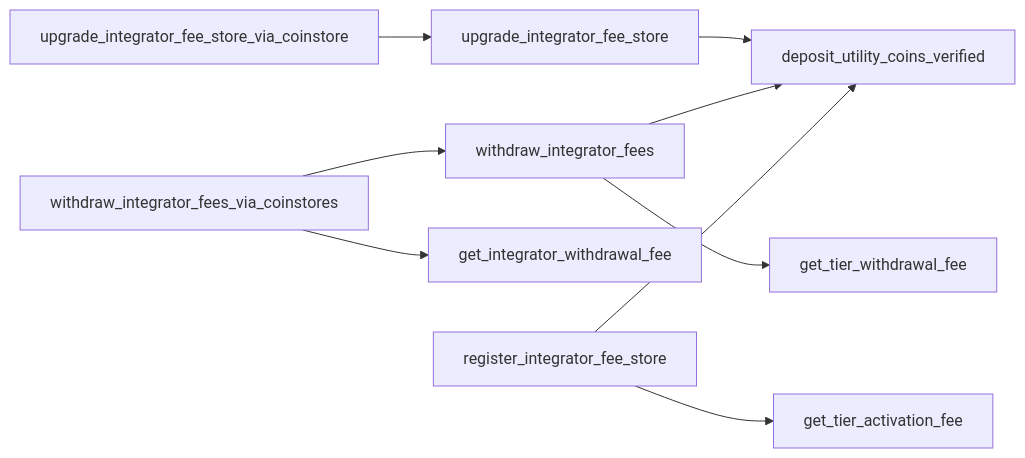
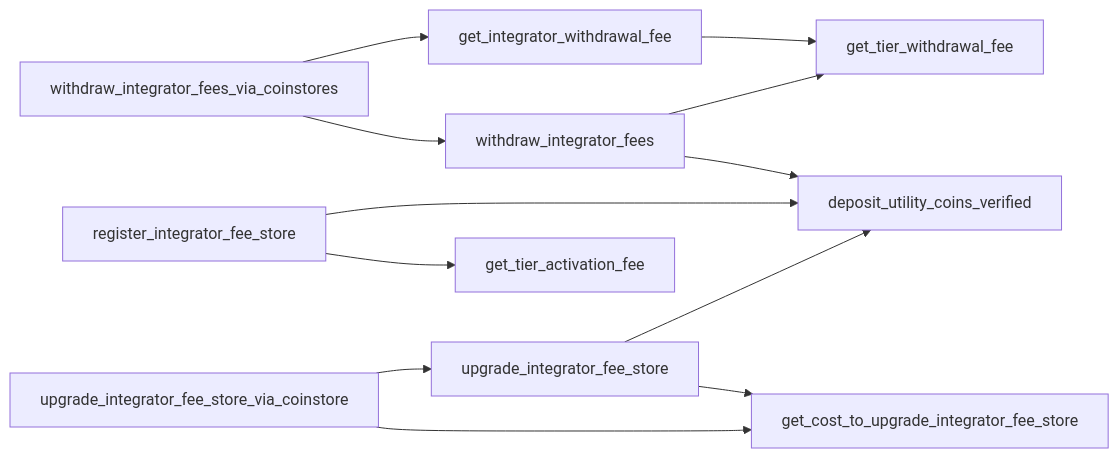
Before and after one commit to econia-labs/econia: the fourth of 5 diagrams in src/move/econia/build/Econia/docs/incentives.md, drawn with Mermaid. The commit also changed other lines of this file and 2 other files, not shown here.

Commit message:
Add coinstore operations, update flow charts

````diff
--- a/src/move/econia/build/Econia/docs/incentives.md
+++ b/src/move/econia/build/Econia/docs/incentives.md
@@ -186,18 +202,21 @@
 ```mermaid
 
 flowchart LR
 
-upgrade_integrator_fee_store --> deposit_utility_coins_verified
+withdraw_integrator_fees_via_coinstores -->
+get_integrator_withdrawal_fee
+get_integrator_withdrawal_fee --> get_tier_withdrawal_fee
+withdraw_integrator_fees_via_coinstores --> withdraw_integrator_fees
+withdraw_integrator_fees --> get_tier_withdrawal_fee
 withdraw_integrator_fees --> deposit_utility_coins_verified
-withdraw_integrator_fees --> get_tier_withdrawal_fee
+register_integrator_fee_store ---> deposit_utility_coins_verified
+register_integrator_fee_store --> get_tier_activation_fee
 upgrade_integrator_fee_store_via_coinstore -->
 upgrade_integrator_fee_store
-withdraw_integrator_fees_via_coinstores -->
-get_integrator_withdrawal_fee
-withdraw_integrator_fees_via_coinstores -->
-withdraw_integrator_fees
-register_integrator_fee_store -->
-deposit_utility_coins_verified
-register_integrator_fee_store --> get_tier_activation_fee
+upgrade_integrator_fee_store_via_coinstore -->
+get_cost_to_upgrade_integrator_fee_store
+upgrade_integrator_fee_store --> deposit_utility_coins_verified
+upgrade_integrator_fee_store -->
+get_cost_to_upgrade_integrator_fee_store
 
 ```
````
